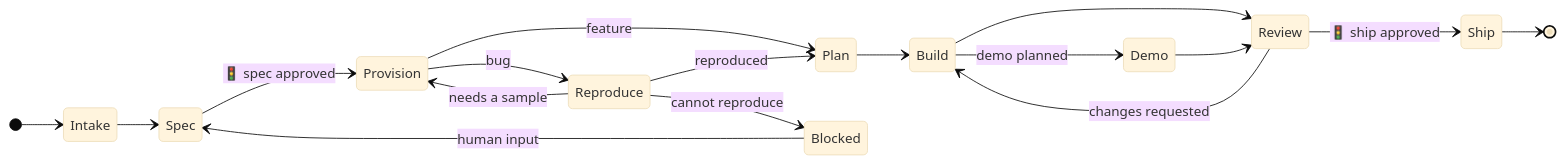
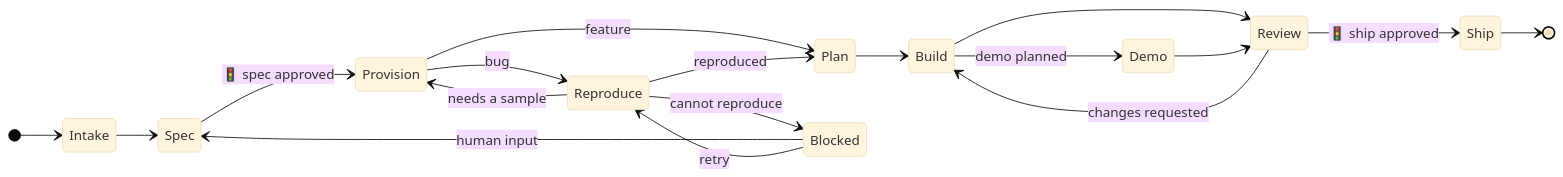
One commit to tonytangdev/rouage changed the diagram in README.md. Above: the diagram before and after it, drawn with Mermaid (base theme). The commit also changed other lines of this file and 13 other files, not shown here.

````diff
--- a/README.md
+++ b/README.md
@@ -41,20 +41,21 @@
 ```mermaid
 stateDiagram-v2
     direction LR
     [*] --> Intake
     Intake --> Spec
     Spec --> Provision: 🚦 spec approved
     Provision --> Reproduce: bug
     Provision --> Plan: feature
     Reproduce --> Plan: reproduced
     Reproduce --> Provision: needs a sample
     Reproduce --> Blocked: cannot reproduce
     Blocked --> Spec: human input
+    Blocked --> Reproduce: retry
     Plan --> Build
     Build --> Demo: demo planned
     Build --> Review
     Demo --> Review
     Review --> Build: changes requested
     Review --> Ship: 🚦 ship approved
     Ship --> [*]
 ```
````
